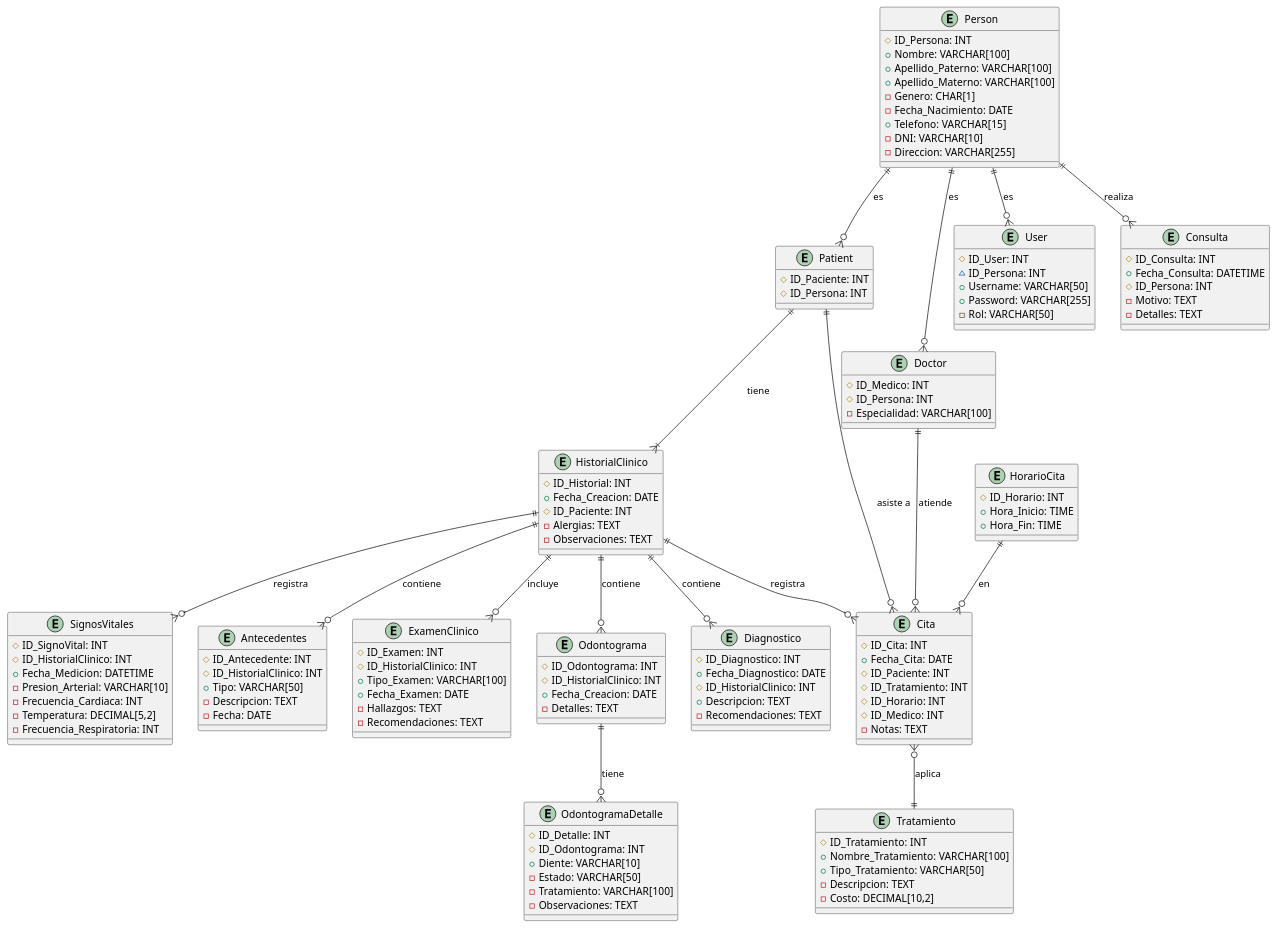
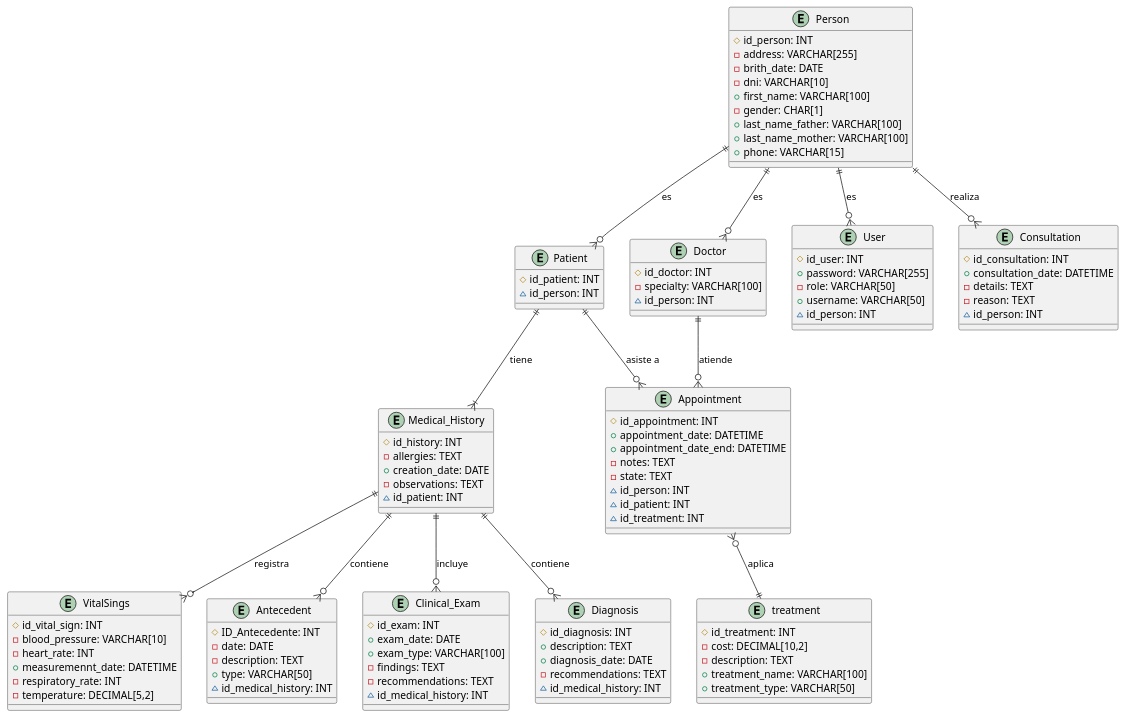
Before and after one commit to abelguevara-upeu/apis-rosalesdental: the diagram in src/main/resources/templates/bd/logicalModel/db-logical_en-2.0-snapshot .pu, drawn with PlantUML.

Commit message:
update English plantUML DB

```diff
--- a/src/main/resources/templates/bd/logicalModel/db-logical_en-2.0-snapshot .pu
+++ b/src/main/resources/templates/bd/logicalModel/db-logical_en-2.0-snapshot .pu
@@ -1,163 +1,158 @@
 @startuml relational_view
 
 /'{
     # PRIMARY KEY
     ~ UNIQUE (NULLABLE)
     + NOT NULL
     - NULLABLE
 }'/
 
-entity "Person" as Persona {
-    #ID_Persona: INT
-    +Nombre: VARCHAR[100]
-    +Apellido_Paterno: VARCHAR[100]
-    +Apellido_Materno: VARCHAR[100]
-    -Genero: CHAR[1]
-    -Fecha_Nacimiento: DATE
-    +Telefono: VARCHAR[15]
-    -DNI: VARCHAR[10]
-    -Direccion: VARCHAR[255]
-    /' Persona representa a la persona base, que puede ser paciente, médico o usuario '/
+entity "Person" as Person {
+    #id_person: INT
+    -address: VARCHAR[255]
+    -brith_date: DATE
+    -dni: VARCHAR[10]
+    +first_name: VARCHAR[100]
+    -gender: CHAR[1]
+    +last_name_father: VARCHAR[100]
+    +last_name_mother: VARCHAR[100]
+    +phone: VARCHAR[15]
+    /' Person representa a la Person base, que puede ser paciente, médico o usuario '/
 }
 
-entity "Patient" as Paciente {
-    #ID_Paciente: INT
-    #ID_Persona: INT
-    /' Un paciente es una persona, pero con un historial clínico asociado '/
+entity "Patient" as Patient {
+    #id_patient: INT
+    ~id_person: INT
+    /' Un paciente es una Person, pero con un historial clínico asociado '/
 }
 
-entity "Doctor" as Medico {
-    #ID_Medico: INT
-    #ID_Persona: INT
-    -Especialidad: VARCHAR[100]
-    /' El médico es una persona con una especialidad profesional '/
+entity "Doctor" as Doctor {
+    #id_doctor: INT
+    -specialty: VARCHAR[100]
+    ~id_person: INT
+    /' El médico es una Person con una specialty profesional '/
 }
 
 entity "User" as User {
-    #ID_User: INT
-    ~ID_Persona: INT
-    +Username: VARCHAR[50]
-    +Password: VARCHAR[255]
-    -Rol: VARCHAR[50]
+    #id_user: INT
+    +password: VARCHAR[255]
+    -role: VARCHAR[50]
+    +username: VARCHAR[50]
+    ~id_person: INT
     /' User representa la información de los usuarios del sistema, con roles definidos '/
 }
 
-entity "Consulta" as Consulta {
-    #ID_Consulta: INT
-    +Fecha_Consulta: DATETIME
-    #ID_Persona: INT
-    -Motivo: TEXT
-    -Detalles: TEXT
-    /' La consulta es realizada por una persona (puede ser un paciente o no), y contiene detalles '/
+entity "Consultation" as Consultation {
+    #id_consultation: INT
+    +consultation_date: DATETIME
+    -details: TEXT
+    -reason: TEXT
+    ~id_person: INT
+    /' La consulta es realizada por una Person (puede ser un paciente o no), y contiene detalles '/
 }
 
-entity "SignosVitales" as SignosVitales {
-    #ID_SignoVital: INT
-    #ID_HistorialClinico: INT
-    +Fecha_Medicion: DATETIME
-    -Presion_Arterial: VARCHAR[10]
-    -Frecuencia_Cardiaca: INT
-    -Temperatura: DECIMAL[5,2]
-    -Frecuencia_Respiratoria: INT
+entity "VitalSings" as VitalSings {
+    #id_vital_sign: INT
+    -blood_pressure: VARCHAR[10]
+    -heart_rate: INT
+    +measuremennt_date: DATETIME
+    -respiratory_rate: INT
+    -temperature: DECIMAL[5,2]
     /' Signos vitales registrados durante una consulta, asociados al historial clínico '/
 }
 
-entity "Antecedentes" as Antecedentes {
+entity "Antecedent" as Antecedent {
     #ID_Antecedente: INT
-    #ID_HistorialClinico: INT
-    +Tipo: VARCHAR[50] /' Tipo de antecedente, por ejemplo, "familiar" o "personal" '/
-    -Descripcion: TEXT
-    -Fecha: DATE
-    /' Los antecedentes médicos relevantes, ya sean familiares o personales, se registran en esta tabla '/
+    -date: DATE
+    -description: TEXT
+    +type: VARCHAR[50] /' type de antecedente, por ejemplo, "familiar" o "Personl" '/
+    ~id_medical_history: INT
+    /' Los antecedentes médicos relevantes, ya sean familiares o Personles, se registran en esta tabla '/
 }
 
-entity "HistorialClinico" as HistorialClinico {
-    #ID_Historial: INT
-    +Fecha_Creacion: DATE
-    #ID_Paciente: INT
-    -Alergias: TEXT
-    -Observaciones: TEXT
+entity "Medical_History" as Medical_History {
+    #id_history: INT
+    -allergies: TEXT
+    +creation_date: DATE
+    -observations: TEXT
+    ~id_patient: INT
     /' El historial clínico se crea para cada paciente y contiene datos médicos relevantes '/
 }
 
-entity "ExamenClinico" as ExamenClinico {
-    #ID_Examen: INT
-    #ID_HistorialClinico: INT
-    +Tipo_Examen: VARCHAR[100] /' "Estomatológico" o "General" '/
-    +Fecha_Examen: DATE
-    -Hallazgos: TEXT
-    -Recomendaciones: TEXT
+entity "Clinical_Exam" as Clinical_Exam {
+    #id_exam: INT
+    +exam_date: DATE
+    +exam_type: VARCHAR[100] /' "Estomatológico" o "General" '/
+    -findings: TEXT
+    -recommendations: TEXT
+    ~id_medical_history: INT
     /' Los exámenes clínicos, como estomatológicos o generales, se registran aquí '/
 }
 
-entity "Odontograma" as Odontograma {
-    #ID_Odontograma: INT
-    #ID_HistorialClinico: INT
-    +Fecha_Creacion: DATE
-    -Detalles: TEXT
-    /' El odontograma es el registro de los dientes y su estado, utilizado en la odontología '/
+
+'entity "Odontogram" as Odontogram {
+'    #id_odontogram: INT
+'    +creation_date: DATE
+'    -details: TEXT
+'    ~id_medical_history: INT
+'    'El odontograma es el registro de los dientes y su estado, utilizado en la odontología
+'}
+
+'entity "OdontogramaDetalle" as OdontogramaDetalle {
+'    #id_detail: INT
+'    -observations: TEXT
+'    +tooth: VARCHAR[10] /' Número o posición del diente '/
+'    -tooth_condition: VARCHAR[50] /' tooth_condition del diente, por ejemplo, "caries", "restaurado", "extracción" '/
+'    -treatment: VARCHAR[100] /' treatment aplicado o recomendado '/
+'    ~id_odontogram: INT
+'    'Detalle específico de cada diente en el odontograma, incluyendo su estado y tratamiento
+'}
+
+
+entity "treatment" as treatment {
+    #id_treatment: INT
+    -cost: DECIMAL[10,2]
+    -description: TEXT
+    +treatment_name: VARCHAR[100]
+    +treatment_type: VARCHAR[50] /' type de tratamiento: "Estético", "Curativo", "Preventivo", etc. '/
+    /' Registro de los tratamientos disponibles, su first_name, type y costo asociado '/
 }
 
-entity "OdontogramaDetalle" as OdontogramaDetalle {
-    #ID_Detalle: INT
-    #ID_Odontograma: INT
-    +Diente: VARCHAR[10] /' Número o posición del diente '/
-    -Estado: VARCHAR[50] /' Estado del diente, por ejemplo, "caries", "restaurado", "extracción" '/
-    -Tratamiento: VARCHAR[100] /' Tratamiento aplicado o recomendado '/
-    -Observaciones: TEXT
-    /' Detalle específico de cada diente en el odontograma, incluyendo su estado y tratamiento '/
-}
-
-entity "Tratamiento" as Tratamiento {
-    #ID_Tratamiento: INT
-    +Nombre_Tratamiento: VARCHAR[100]
-    +Tipo_Tratamiento: VARCHAR[50] /' Tipo de tratamiento: "Estético", "Curativo", "Preventivo", etc. '/
-    -Descripcion: TEXT
-    -Costo: DECIMAL[10,2]
-    /' Registro de los tratamientos disponibles, su nombre, tipo y costo asociado '/
-}
-
-entity "HorarioCita" as HorarioCita {
-    #ID_Horario: INT
-    +Hora_Inicio: TIME
-    +Hora_Fin: TIME
-    /' Definición de los horarios de cita para los pacientes y médicos '/
-}
-
-entity "Cita" as Cita {
-    #ID_Cita: INT
-    +Fecha_Cita: DATE
-    #ID_Paciente: INT
-    #ID_Tratamiento: INT
-    #ID_Horario: INT
-    #ID_Medico: INT
-    -Notas: TEXT
+entity "Appointment" as Appointment {
+    #id_appointment: INT
+    +appointment_date: DATETIME
+    +appointment_date_end: DATETIME
+    -notes: TEXT
+    -state: TEXT
+    ~id_person: INT
+    ~id_patient: INT
+    ~id_treatment: INT
     /' Información sobre cada cita médica, incluida la fecha, tratamiento, horario y médico '/
 }
 
-entity "Diagnostico" as Diagnostico {
-    #ID_Diagnostico: INT
-    +Fecha_Diagnostico: DATE
-    #ID_HistorialClinico: INT
-    +Descripcion: TEXT
-    -Recomendaciones: TEXT
+entity "Diagnosis" as Diagnosis {
+    #id_diagnosis: INT
+    +description: TEXT
+    +diagnosis_date: DATE
+    -recommendations: TEXT
+    ~id_medical_history: INT
     /' Registro de los diagnósticos realizados, asociados al historial clínico '/
 }
 
-Persona ||--o{ Paciente : es
-Persona ||--o{ Medico : es
-Persona ||--o{ User : es
-Persona ||--o{ Consulta : realiza
-Paciente ||--|{ HistorialClinico : tiene
-HistorialClinico ||--o{ SignosVitales : registra
-HistorialClinico ||--o{ Antecedentes : contiene
-HistorialClinico ||--o{ ExamenClinico : incluye
-HistorialClinico ||--o{ Odontograma : contiene
-Odontograma ||--o{ OdontogramaDetalle : tiene
-HistorialClinico ||--o{ Cita : registra
-Cita }o--|| Tratamiento : aplica
-Paciente ||--o{ Cita : asiste a
-HistorialClinico ||--o{ Diagnostico : contiene
-HorarioCita ||--o{ Cita : en
-Medico ||--o{ Cita : atiende
+Person ||--o{ Patient : es
+Person ||--o{ Doctor : es
+Person ||--o{ User : es
+Person ||--o{ Consultation : realiza
+Patient ||--|{ Medical_History : tiene
+'Odontogram ||--o{ OdontogramaDetalle : tiene
+Medical_History ||--o{ Antecedent : contiene
+'Medical_History ||--o{ Odontogram : contiene
+Medical_History ||--o{ VitalSings : registra
+Medical_History ||--o{ Clinical_Exam : incluye
+
+Patient ||--o{ Appointment : asiste a
+Doctor ||--o{ Appointment : atiende
+
+Appointment }o--|| treatment : aplica
+Medical_History ||--o{ Diagnosis : contiene
 @enduml
```
